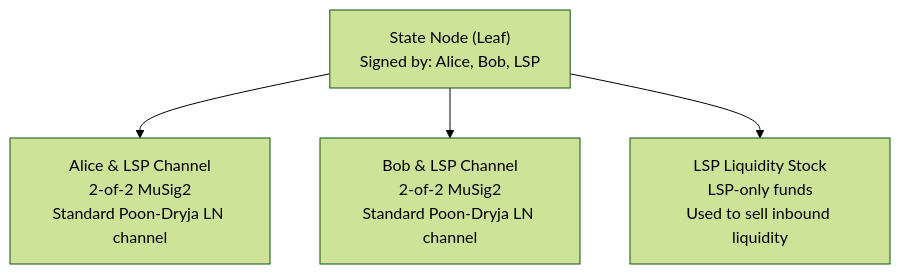
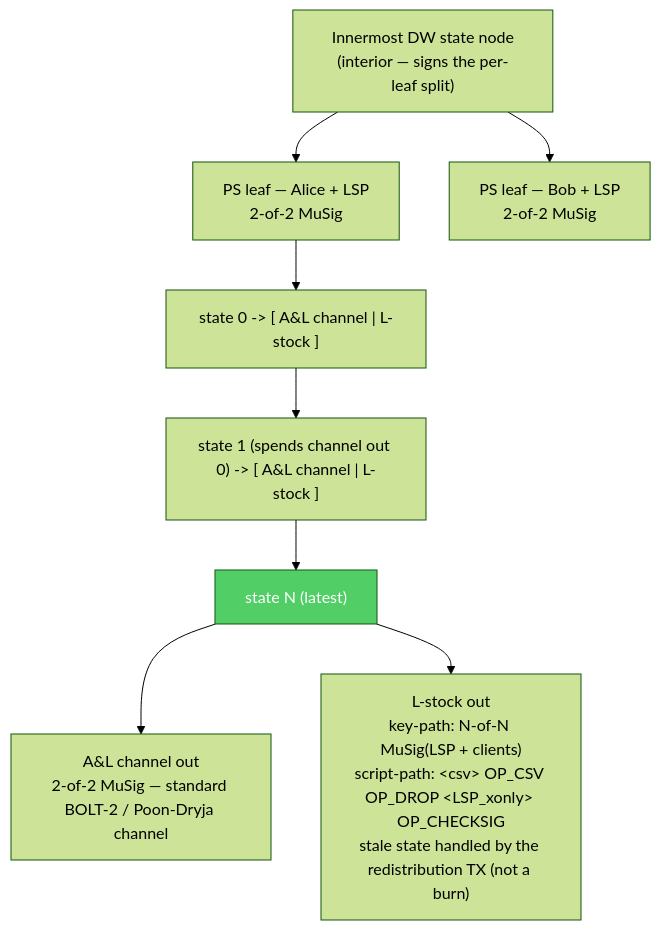
Before and after one commit to 8144225309/superscalar-docs: the second of 3 diagrams in core-concepts/factory-tree-topology.md, drawn with Mermaid (forest theme). The commit also changed other lines of this file and 28 other files, not shown here.

First line of the commit message:
docs: full overhaul — accuracy + PS-leaf diagrams + drift fixes + operational-security (#27)

````diff
--- a/core-concepts/factory-tree-topology.md
+++ b/core-concepts/factory-tree-topology.md
@@ -101,7 +122,12 @@
 ```mermaid
 graph TD
-    S["State Node (Leaf)<br/>Signed by: Alice, Bob, LSP"]
-    S --> CH_A["Alice & LSP Channel<br/>2-of-2 MuSig2<br/>Standard Poon-Dryja LN channel"]
-    S --> CH_B["Bob & LSP Channel<br/>2-of-2 MuSig2<br/>Standard Poon-Dryja LN channel"]
-    S --> LS["LSP Liquidity Stock<br/>LSP-only funds<br/>Used to sell inbound liquidity"]
+    K["Innermost DW state node<br/>(interior — signs the per-leaf split)"]
+    K --> A["PS leaf — Alice + LSP<br/>2-of-2 MuSig"]
+    K --> B["PS leaf — Bob + LSP<br/>2-of-2 MuSig"]
+    A --> A0["state 0 -> [ A&L channel | L-stock ]"]
+    A0 --> A1["state 1 (spends channel out 0) -> [ A&L channel | L-stock ]"]
+    A1 --> AN["state N (latest)"]
+    AN --> CH["A&L channel out<br/>2-of-2 MuSig — standard BOLT-2 / Poon-Dryja channel"]
+    AN --> LS["L-stock out<br/>key-path: N-of-N MuSig(LSP + clients)<br/>script-path: &lt;csv&gt; OP_CSV OP_DROP &lt;LSP_xonly&gt; OP_CHECKSIG<br/>stale state handled by the redistribution TX (not a burn)"]
+    style AN fill:#51cf66,color:#fff
 ```
````
